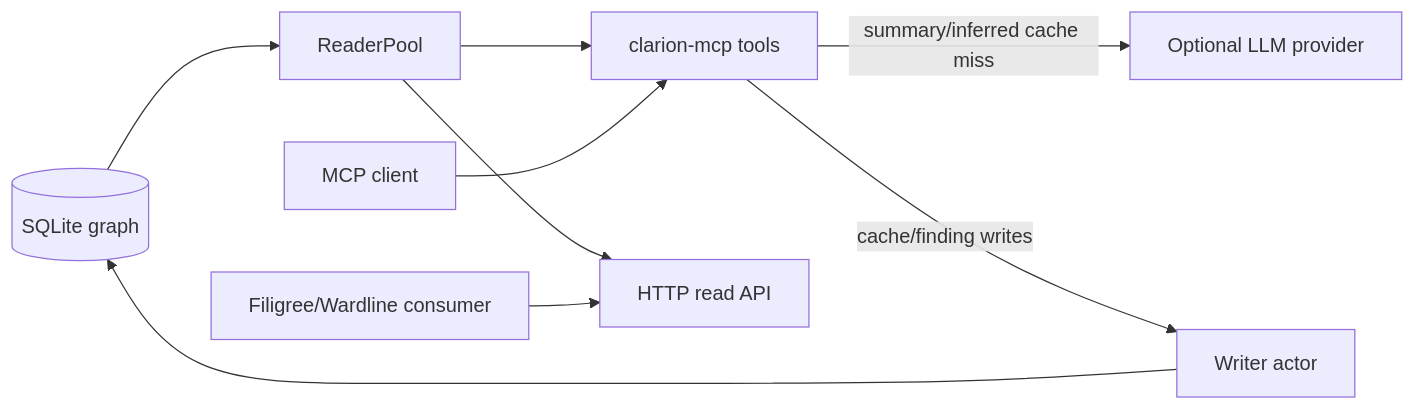
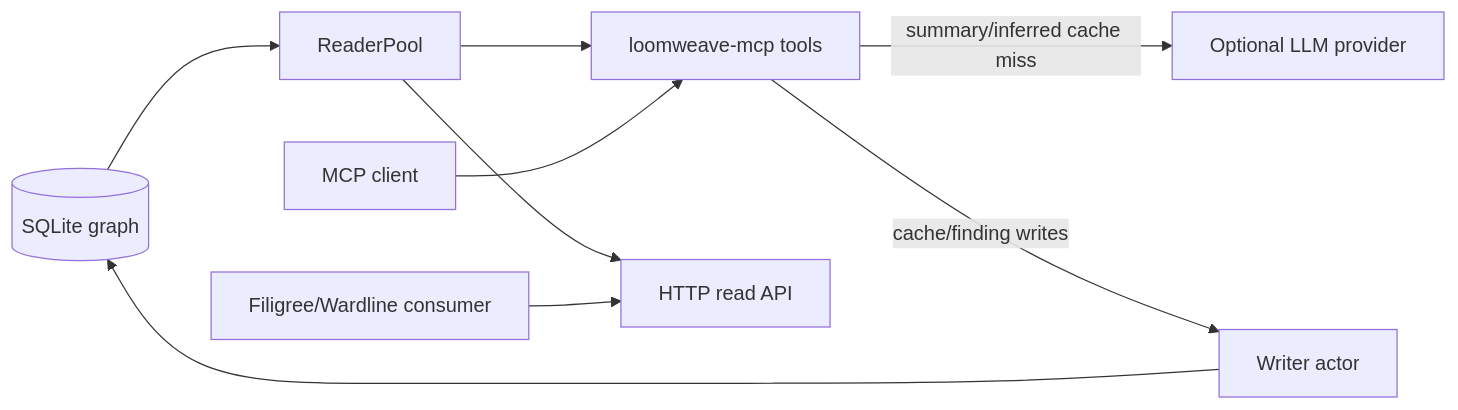
One commit to foundryside-dev/loomweave changed the fourth of 6 diagrams in docs/implementation/arch-analysis-2026-05-20-2124/03-diagrams.md. Above: the diagram before and after it, drawn with Mermaid. The commit also changed other lines of this file and 614 other files, not shown here.

First line of the commit message:
refactor!: rename Clarion→Loomweave, Loom→Weft; recut 1.3.0→1.0.0

````diff
--- a/docs/implementation/arch-analysis-2026-05-20-2124/03-diagrams.md
+++ b/docs/implementation/arch-analysis-2026-05-20-2124/03-diagrams.md
@@ -88,20 +88,20 @@
 ```mermaid
 flowchart LR
     DB[(SQLite graph)]
     Reader[ReaderPool]
-    MCP[clarion-mcp tools]
+    MCP[loomweave-mcp tools]
     HTTP[HTTP read API]
     Agent[MCP client]
     Sibling[Filigree/Wardline consumer]
     LLM[Optional LLM provider]
     Writer[Writer actor]
 
     DB --> Reader
     Reader --> MCP
     Reader --> HTTP
     Agent --> MCP
     Sibling --> HTTP
     MCP -->|summary/inferred cache miss| LLM
     MCP -->|cache/finding writes| Writer
     Writer --> DB
 ```
````
